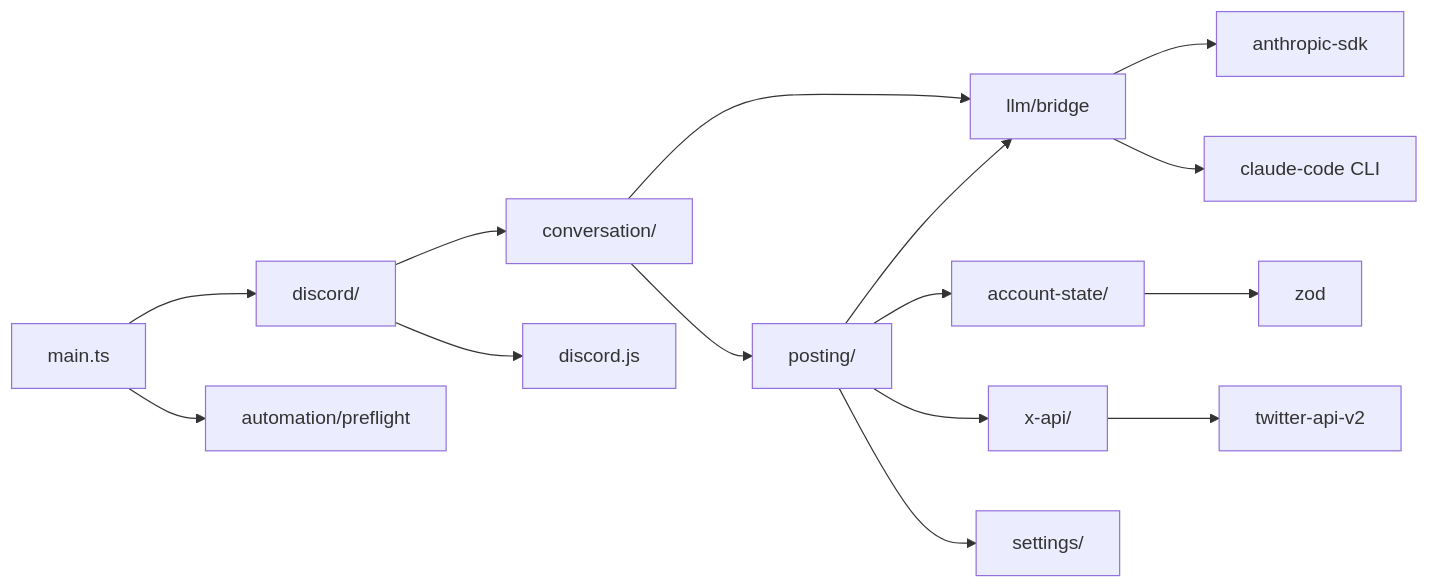
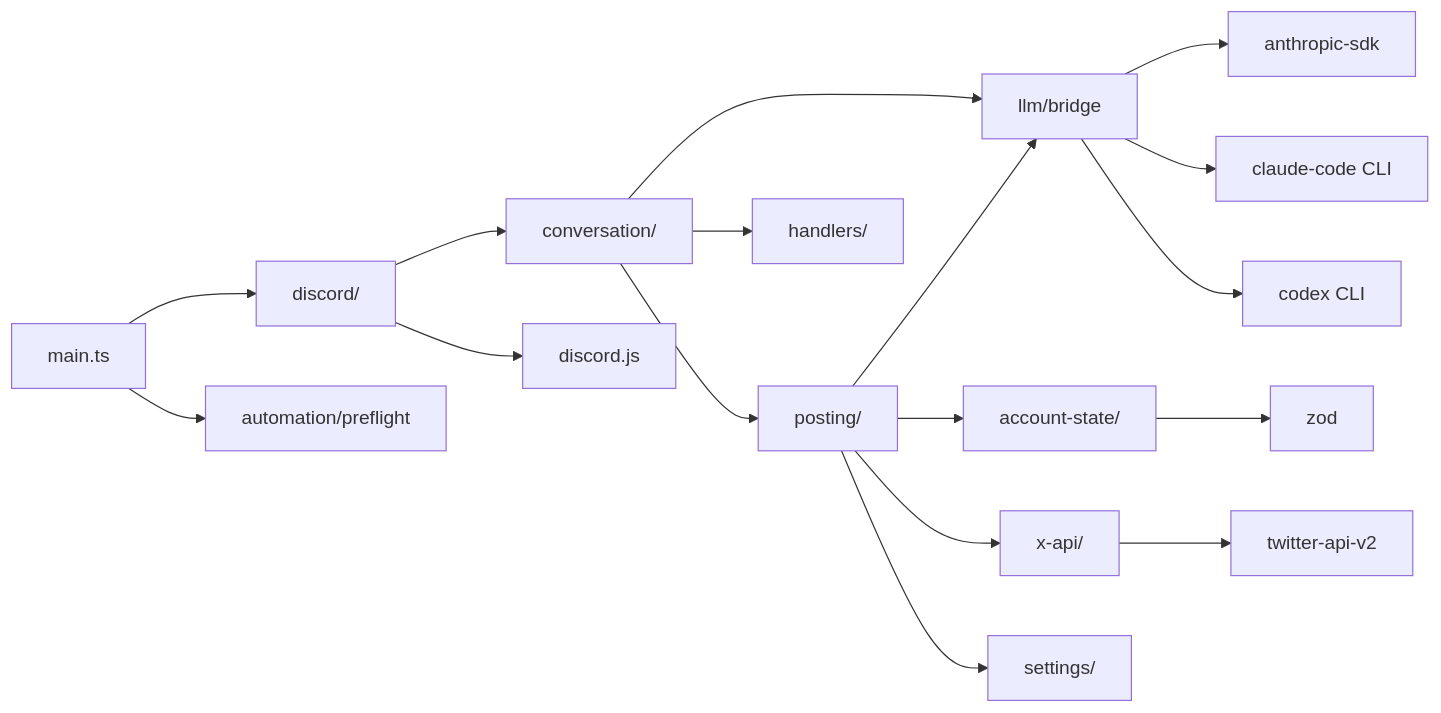
Before and after one commit to zumizumi-3/mex-next: the fourth of 4 diagrams in docs/developer/00-architecture.md, drawn with Mermaid. The commit also changed other lines of this file and 20 other files, not shown here.

````diff
--- a/docs/developer/00-architecture.md
+++ b/docs/developer/00-architecture.md
@@ -175,17 +221,19 @@
 ```mermaid
 flowchart LR
     A[main.ts] --> B[discord/]
     A --> C[automation/preflight]
     B --> D[conversation/]
     D --> E[llm/bridge]
     D --> F[posting/]
+    D --> O[handlers/]
     F --> G[account-state/]
     F --> E
     F --> H[x-api/]
     F --> I[settings/]
     G --> J[zod]
     E --> K[anthropic-sdk]
     E --> L[claude-code CLI]
+    E --> P[codex CLI]
     H --> M[twitter-api-v2]
     B --> N[discord.js]
 ```
````
